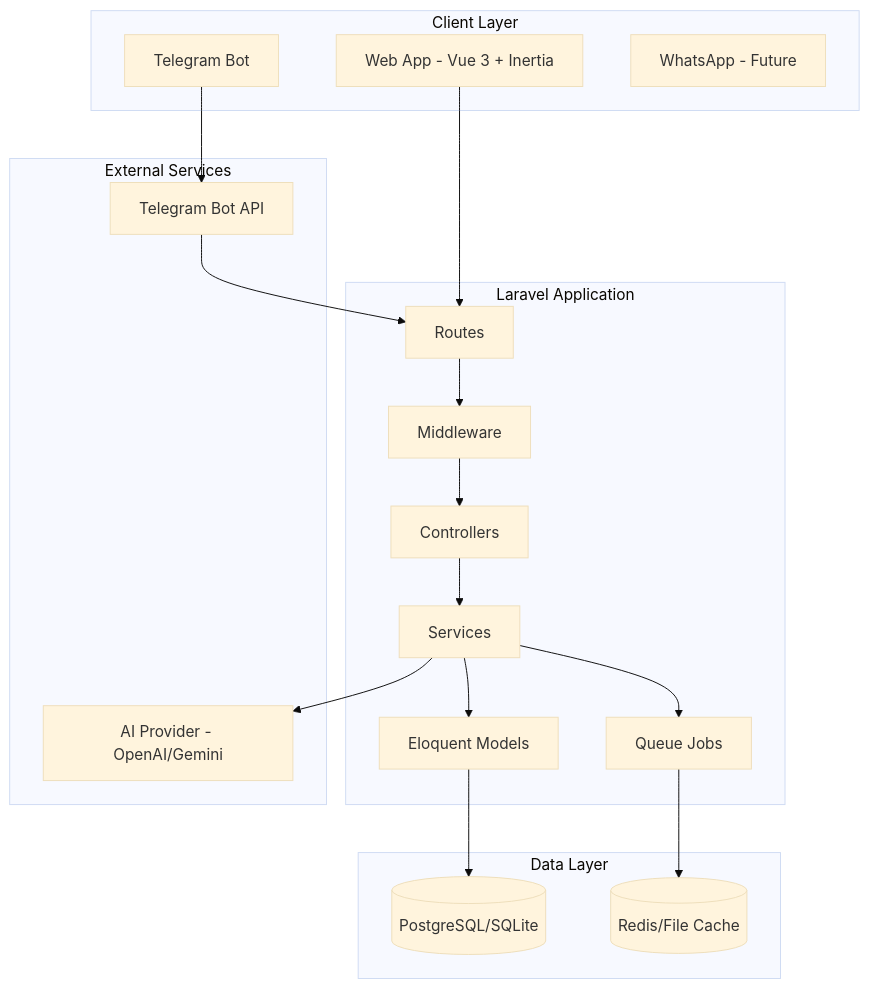
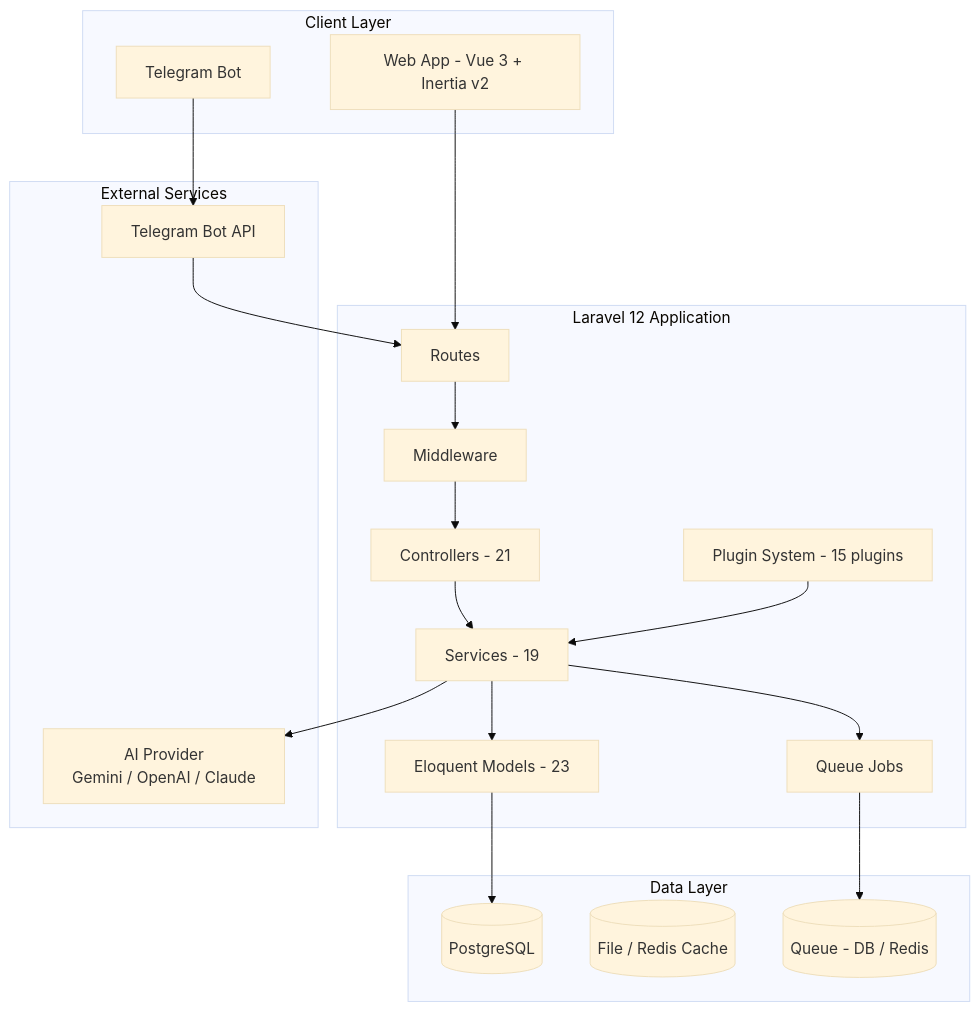
One commit to azmifauzan/aspri changed the first of 4 diagrams in docs/ARCHITECTURE.md. Above: the diagram before and after it, drawn with Mermaid (base theme). The commit also changed other lines of this file and 6 other files, not shown here.

````diff
--- a/docs/ARCHITECTURE.md
+++ b/docs/ARCHITECTURE.md
@@ -24,35 +29,37 @@
 ```mermaid
 graph TB
   subgraph "Client Layer"
-  WEB[Web App - Vue 3 + Inertia]
-  TG[Telegram Bot]
-  WA[WhatsApp - Future]
+    WEB[Web App - Vue 3 + Inertia v2]
+    TG[Telegram Bot]
   end
-  
-  subgraph "Laravel Application"
-  ROUTE[Routes]
-  MW[Middleware]
-  CTRL[Controllers]
-  SVC[Services]
-  MODEL[Eloquent Models]
-  JOB[Queue Jobs]
+
+  subgraph "Laravel 12 Application"
+    ROUTE[Routes]
+    MW[Middleware]
+    CTRL[Controllers - 21]
+    SVC[Services - 19]
+    MODEL[Eloquent Models - 23]
+    JOB[Queue Jobs]
+    PLUGIN[Plugin System - 15 plugins]
   end
-  
+
   subgraph "External Services"
-  AI[AI Provider - OpenAI/Gemini]
-  TGAPI[Telegram Bot API]
+    AI[AI Provider<br/>Gemini / OpenAI / Claude]
+    TGAPI[Telegram Bot API]
   end
-  
+
   subgraph "Data Layer"
-  DB[(PostgreSQL/SQLite)]
-  CACHE[(Redis/File Cache)]
+    DB[(PostgreSQL)]
+    CACHE[(File / Redis Cache)]
+    QUEUE[(Queue - DB / Redis)]
   end
-  
+
   WEB --> ROUTE
   TG --> TGAPI --> ROUTE
   ROUTE --> MW --> CTRL
   CTRL --> SVC
   SVC --> MODEL --> DB
   SVC --> AI
-  SVC --> JOB --> CACHE
+  SVC --> JOB --> QUEUE
+  PLUGIN --> SVC
 ```
````
